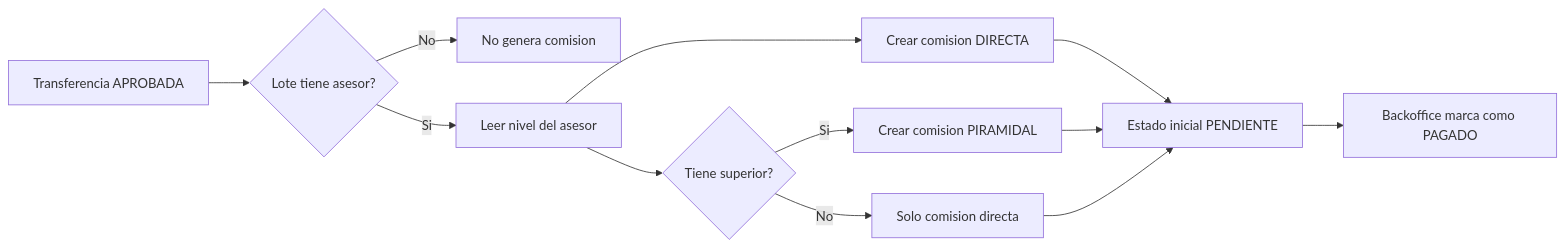
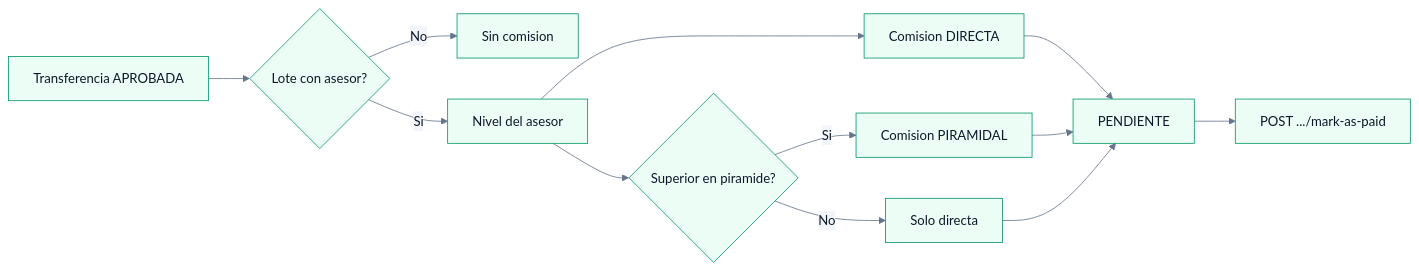
One commit to abitae/crm_lotes changed the eighth of 20 diagrams in docs/GRAFICO_PROCESOS_SISTEMA.md. Above: the diagram before and after it, drawn with Mermaid. The commit also changed other lines of this file and 54 other files, not shown here.

````diff
--- a/docs/GRAFICO_PROCESOS_SISTEMA.md
+++ b/docs/GRAFICO_PROCESOS_SISTEMA.md
@@ -193,14 +223,15 @@
 ```mermaid
+%%{init: {'theme':'base', 'themeVariables': {'primaryColor':'#ecfdf5','primaryTextColor':'#0f172a','primaryBorderColor':'#059669','lineColor':'#64748b','secondaryColor':'#f1f5f9','tertiaryColor':'#ffffff'}}}%%
 flowchart LR
-    approval["Transferencia APROBADA"] --> validateAdvisor{"Lote tiene asesor?"}
-    validateAdvisor -->|"No"| stopNode["No genera comision"]
-    validateAdvisor -->|"Si"| readLevel["Leer nivel del asesor"]
-    readLevel --> direct["Crear comision DIRECTA"]
-    readLevel --> pyramidCheck{"Tiene superior?"}
-    pyramidCheck -->|"Si"| pyramid["Crear comision PIRAMIDAL"]
-    pyramidCheck -->|"No"| pendingOnly["Solo comision directa"]
-    direct --> pendingStatus["Estado inicial PENDIENTE"]
+    approval["Transferencia APROBADA"] --> validateAdvisor{"Lote con asesor?"}
+    validateAdvisor -->|"No"| stopNode["Sin comision"]
+    validateAdvisor -->|"Si"| readLevel["Nivel del asesor"]
+    readLevel --> direct["Comision DIRECTA"]
+    readLevel --> pyramidCheck{"Superior en piramide?"}
+    pyramidCheck -->|"Si"| pyramid["Comision PIRAMIDAL"]
+    pyramidCheck -->|"No"| pendingOnly["Solo directa"]
+    direct --> pendingStatus["PENDIENTE"]
     pyramid --> pendingStatus
     pendingOnly --> pendingStatus
-    pendingStatus --> payFlow["Backoffice marca como PAGADO"]
+    pendingStatus --> payFlow["POST .../mark-as-paid"]
 ```
````
